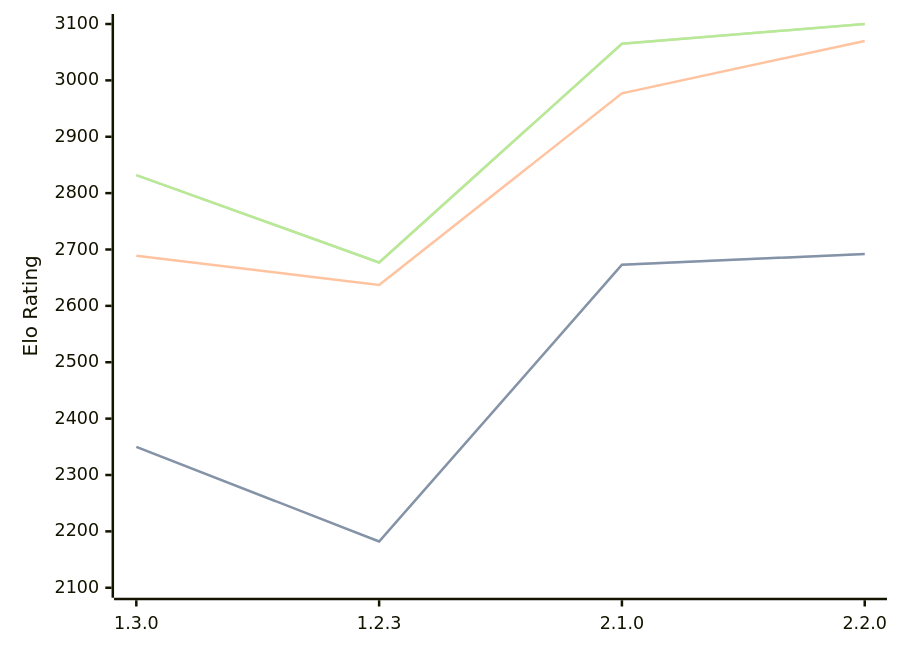
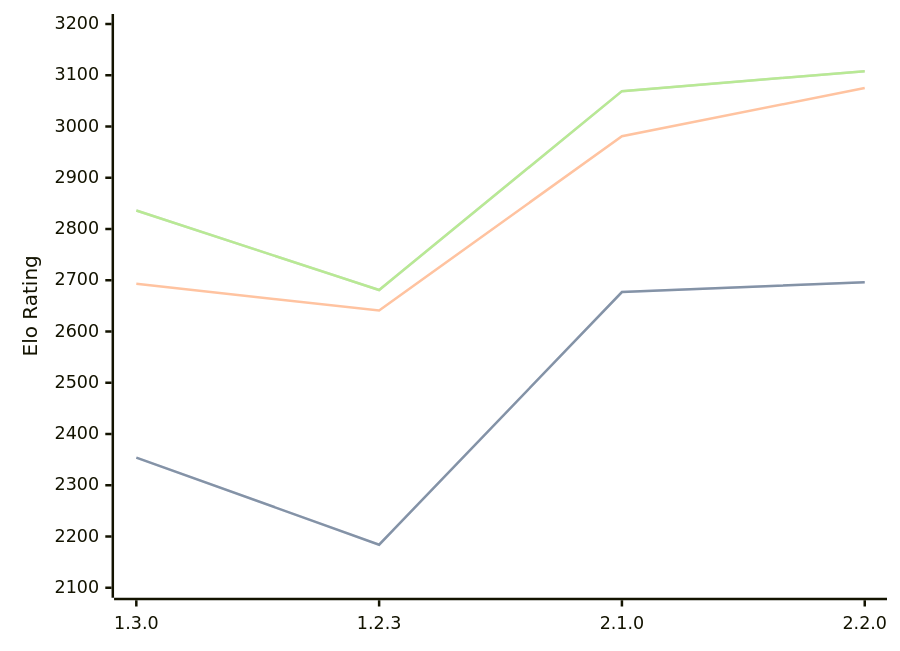
One commit to computer-chess-index/cci changed the diagram in engines/Aspen.md. Above: the diagram before and after it, drawn with Mermaid. The commit also changed other lines of this file, not shown here.

Commit message:
Update CCI Ratings (ELO VLTC) - 2026-08-18

````diff
--- a/engines/Aspen.md
+++ b/engines/Aspen.md
@@ -43,11 +43,11 @@
 ```mermaid
 %%{init: {"theme":"base","themeVariables":{"seriesColors:['#a3a3a3','#222221','#faa371']}}}%%
 xychart-beta
   x-axis ["1.3.0", "1.2.3", "2.1.0", "2.2.0"]
-  y-axis "Elo Rating" 2100 --> 3100
-  line "STC (8.0+0.08s)" [2350, 2182, 2673, 2692]
-  line "STC (8.0+0.08s)" [2350, 2182, 2673, 2692]
-  line "LTC (60.0+0.60s)" [2689, 2637, 2977, 3070]
-  line "VLTC (2m24s+1.12s)" [2832, 2677, 3065, 3100]
-  line "VLTC (2m24s+1.12s)" [2832, 2677, 3065, 3100]
+  y-axis "Elo Rating" 2100 --> 3200
+  line "STC (8.0+0.08s)" [2354, 2184, 2677, 2696]
+  line "STC (8.0+0.08s)" [2354, 2184, 2677, 2696]
+  line "LTC (60.0+0.60s)" [2693, 2641, 2981, 3075]
+  line "VLTC (2m24s+1.12s)" [2836, 2681, 3069, 3108]
+  line "VLTC (2m24s+1.12s)" [2836, 2681, 3069, 3108]
 ```
````
